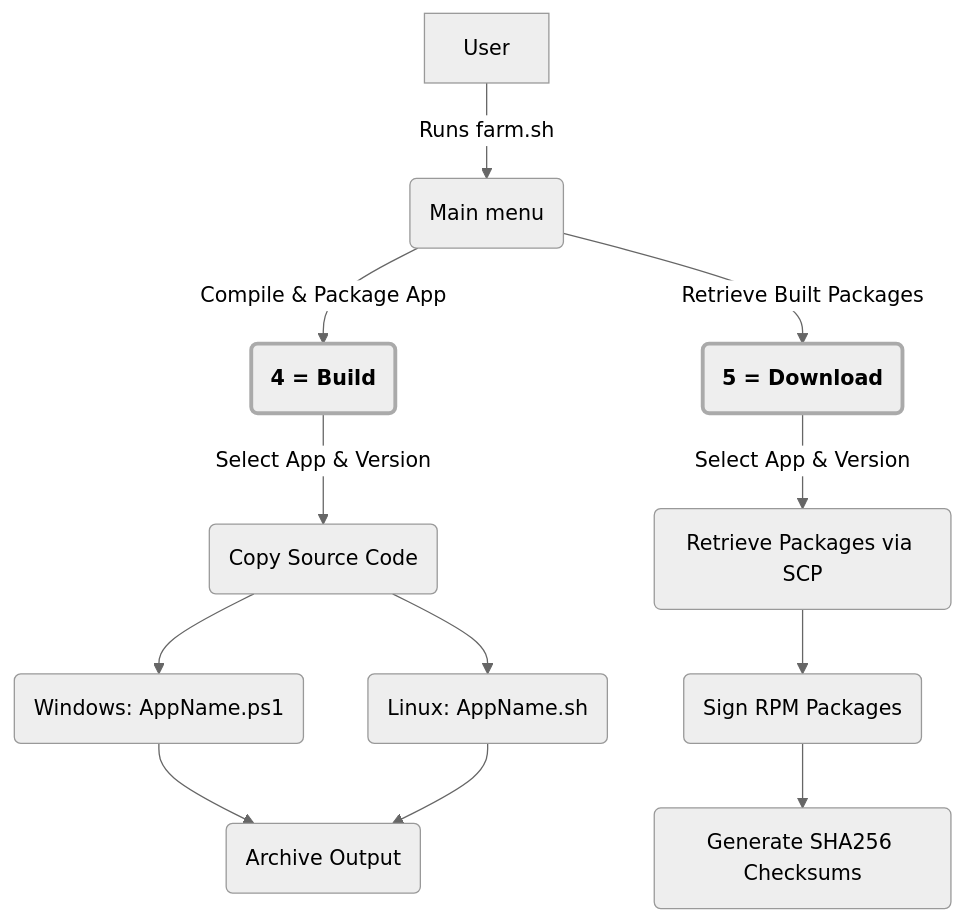
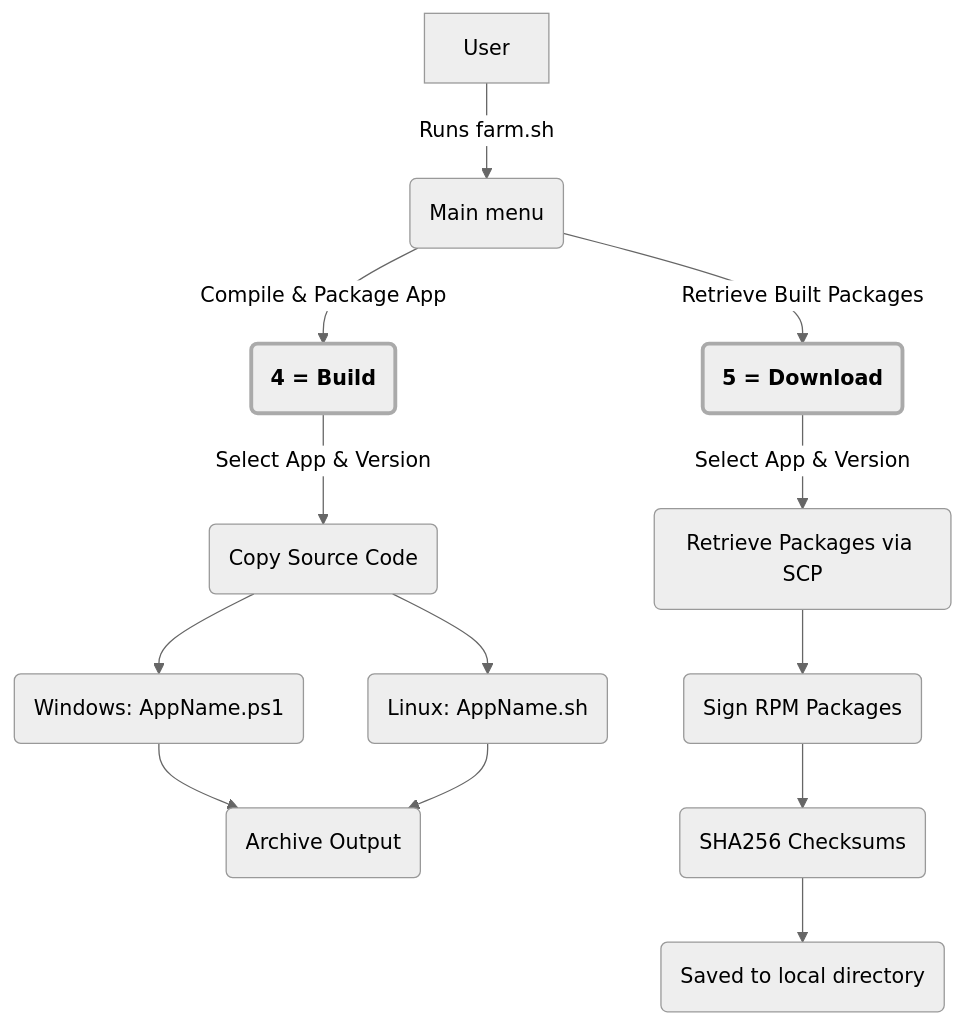
One commit to MarelisAdlatus/java-build-farm changed the second of 3 diagrams in README.md. Above: the diagram before and after it, drawn with Mermaid (neutral theme). The commit also changed other lines of this file, not shown here.

````diff
--- a/README.md
+++ b/README.md
@@ -182,22 +182,23 @@
 ```mermaid
 graph TD;
     A[User] -->|Runs farm.sh| B(Main menu);
 
     B -->|Compile & Package App| C4(4 = Build);
     B -->|Retrieve Built Packages| C5(5 = Download);
 
     %% Build
     C4 -->|Select App & Version| E1(Copy Source Code);
     E1 --> E2(Windows: AppName.ps1);
     E1 --> E3(Linux: AppName.sh);
     E2 --> F1(Archive Output);
     E3 --> F1;
 
     %% Download
     C5 -->|Select App & Version| D2(Retrieve Packages via SCP);
     D2 --> D3(Sign RPM Packages);
-    D3 --> D4(Generate SHA256 Checksums);
+    D3 --> D4(SHA256 Checksums);
+    D4 --> D5(Saved to local directory);
 
     style C4 stroke:#aaa,stroke-width:3px,font-weight:bold;
     style C5 stroke:#aaa,stroke-width:3px,font-weight:bold;
 ```
````
